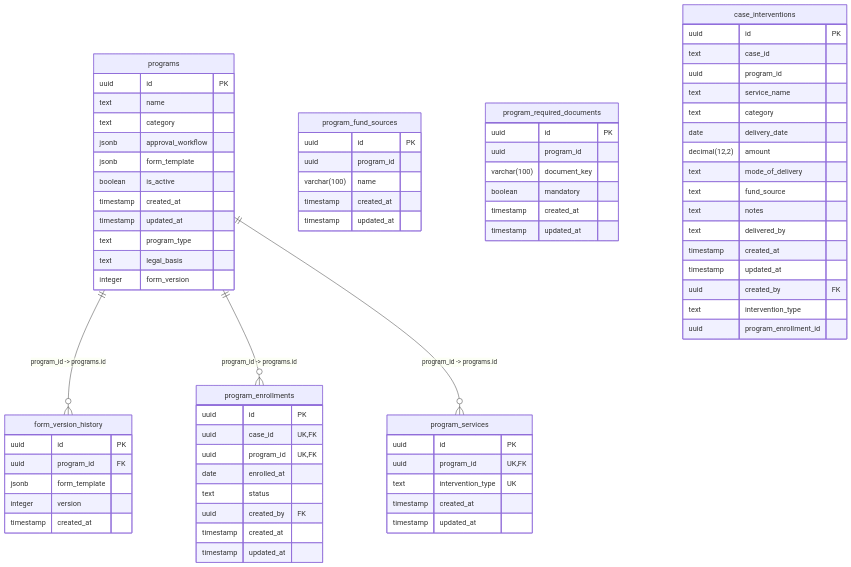
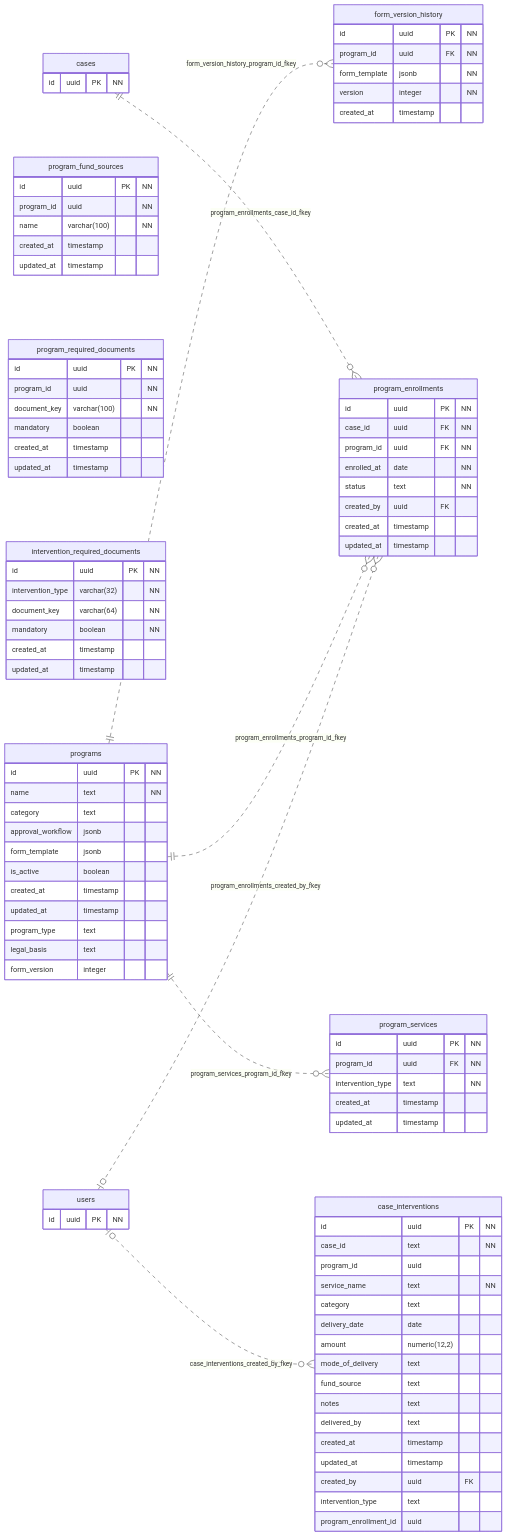
The sixth of 12 diagrams in docs/diagrams/06-erd.md (urlsalimbot/THESIS1-KAPWA), drawn with Mermaid before and after one commit. The commit also changed other lines of this file and 2 other files, not shown here.

First line of the commit message:
docs(diagrams): rework the ERD into Oracle physical notation, generated

````diff
--- a/docs/diagrams/06-erd.md
+++ b/docs/diagrams/06-erd.md
@@ -1074,83 +522,94 @@
 ```mermaid
 erDiagram
+    direction LR
     "programs" {
-        uuid id PK
-        text name
-        text category
-        jsonb approval_workflow
-        jsonb form_template
-        boolean is_active
-        timestamp created_at
-        timestamp updated_at
-        text program_type
-        text legal_basis
-        integer form_version
+        id uuid PK "NN"
+        name text "NN"
+        category text
+        approval_workflow jsonb
+        form_template jsonb
+        is_active boolean
+        created_at timestamp
+        updated_at timestamp
+        program_type text
+        legal_basis text
+        form_version integer
     }
-
     "program_fund_sources" {
-        uuid id PK
-        uuid program_id
-        varchar(100) name
-        timestamp created_at
-        timestamp updated_at
+        id uuid PK "NN"
+        program_id uuid "NN"
+        name varchar(100) "NN"
+        created_at timestamp
+        updated_at timestamp
     }
-
     "program_required_documents" {
-        uuid id PK
-        uuid program_id
-        varchar(100) document_key
-        boolean mandatory
-        timestamp created_at
-        timestamp updated_at
+        id uuid PK "NN"
+        program_id uuid "NN"
+        document_key varchar(100) "NN"
+        mandatory boolean
+        created_at timestamp
+        updated_at timestamp
     }
-
     "form_version_history" {
-        uuid id PK
-        uuid program_id FK
-        jsonb form_template
-        integer version
-        timestamp created_at
+        id uuid PK "NN"
+        program_id uuid FK "NN"
+        form_template jsonb "NN"
+        version integer "NN"
+        created_at timestamp
     }
-
     "program_enrollments" {
-        uuid id PK
-        uuid case_id UK, FK
-        uuid program_id UK, FK
-        date enrolled_at
-        text status
-        uuid created_by FK
-        timestamp created_at
-        timestamp updated_at
+        id uuid PK "NN"
+        case_id uuid FK "NN"
+        program_id uuid FK "NN"
+        enrolled_at date "NN"
+        status text "NN"
+        created_by uuid FK
+        created_at timestamp
+        updated_at timestamp
     }
-
     "program_services" {
-        uuid id PK
-        uuid program_id UK, FK
-        text intervention_type UK
-        timestamp created_at
-        timestamp updated_at
+        id uuid PK "NN"
+        program_id uuid FK "NN"
+        intervention_type text "NN"
+        created_at timestamp
+        updated_at timestamp
     }
-
     "case_interventions" {
-        uuid id PK
-        text case_id
-        uuid program_id
-        text service_name
-        text category
-        date delivery_date
-        decimal(12,2) amount
-        text mode_of_delivery
-        text fund_source
-        text notes
-        text delivered_by
-        timestamp created_at
-        timestamp updated_at
-        uuid created_by FK
-        text intervention_type
-        uuid program_enrollment_id
+        id uuid PK "NN"
+        case_id text "NN"
+        program_id uuid
+        service_name text "NN"
+        category text
+        delivery_date date
+        amount numeric(12,2)
+        mode_of_delivery text
+        fund_source text
+        notes text
+        delivered_by text
+        created_at timestamp
+        updated_at timestamp
+        created_by uuid FK
+        intervention_type text
+        program_enrollment_id uuid
     }
-
-    "programs" ||--o{ "form_version_history" : "program_id -> programs.id"
-    "programs" ||--o{ "program_enrollments" : "program_id -> programs.id"
-    "programs" ||--o{ "program_services" : "program_id -> programs.id"
+    "intervention_required_documents" {
+        id uuid PK "NN"
+        intervention_type varchar(32) "NN"
+        document_key varchar(64) "NN"
+        mandatory boolean "NN"
+        created_at timestamp
+        updated_at timestamp
+    }
+    "cases" {
+        id uuid PK "NN"
+    }
+    "users" {
+        id uuid PK "NN"
+    }
+    "cases" ||..o{ "program_enrollments" : "program_enrollments_case_id_fkey"
+    "programs" ||..o{ "form_version_history" : "form_version_history_program_id_fkey"
+    "programs" ||..o{ "program_enrollments" : "program_enrollments_program_id_fkey"
+    "programs" ||..o{ "program_services" : "program_services_program_id_fkey"
+    "users" o|..o{ "case_interventions" : "case_interventions_created_by_fkey"
+    "users" o|..o{ "program_enrollments" : "program_enrollments_created_by_fkey"
 ```
````
